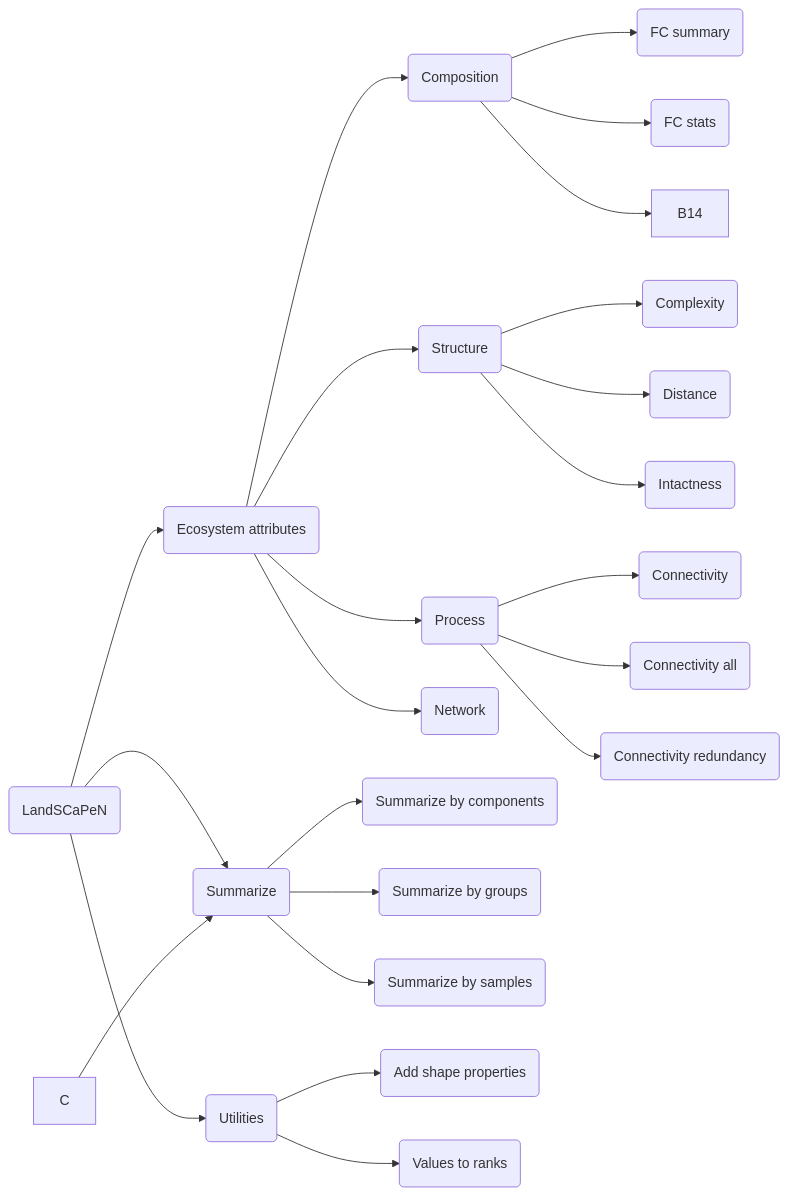
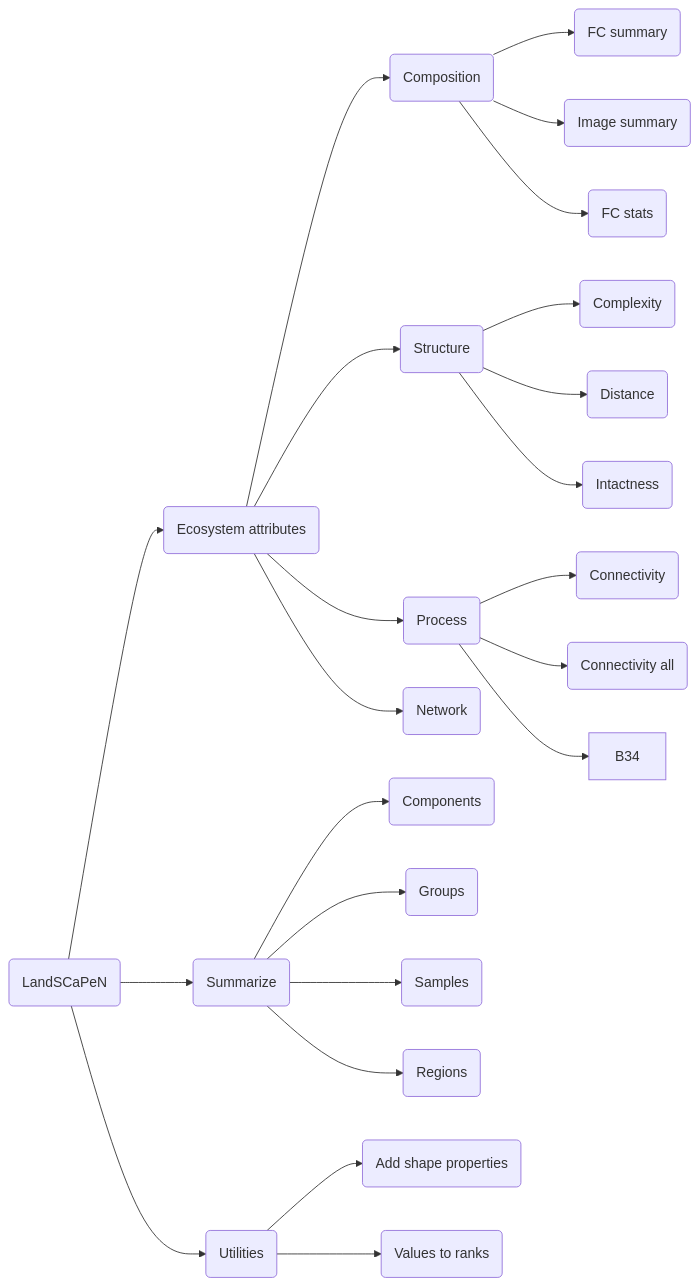
One commit to davidtheobald8/landscapen changed the diagram in README.md. Above: the diagram before and after it, drawn with Mermaid. The commit also changed other lines of this file, not shown here.

````diff
--- a/README.md
+++ b/README.md
@@ -15,57 +21,58 @@
  ```mermaid
    graph LR;
        A(LandSCaPeN)
        A-->B;
        A-->C1;
        A-->C2;
        %%(HM CA) users/DavidTheobald8/HM/HM_202204/HM_Y2Y_CA_2020_90_60sland%%
        B(Ecosystem attributes)
        B-->B1;
        B-->B2;
        B-->B3;
        B-->B4;
        %%(HM US) users/DavidTheobald8/HM/HM_202204/HM_Y2Y_US_2020_90_60sland%%
        B1(Composition)
        B1-->B11
+       B1-->B12
        B1-->B13
-       B1-->B14
        B11(FC summary)
- %%      click B11 "https://code.earthengine.google.com/?scriptPath=users%2FDavidTheobald8%2Flibs%3Alse.composition()"
+ %%      click B11 "https://code.earthengine.google.com/?scriptPath=users%2FDavidTheobald8%2Flibs%3Alse.compositionFC()"
+       B12(Image summary)
+ %%      click B12 "https://code.earthengine.google.com/?scriptPath=users%2FDavidTheobald8%2Flibs%3Alse.compositionImage()"
        B13(FC stats)
  %%      click B13 "https://code.earthengine.google.com/?scriptPath=users%2FDavidTheobald8%2Flibs%3Alse.compositionStats()"
        B2(Structure)
        B21(Complexity)
        B2-->B21
  %%      click B21 "https://code.earthengine.google.com/?scriptPath=users%2FDavidTheobald8%2Flibs%3Alse.structuralComplexity()"
        B22(Distance)
        B2-->B22
  %%      click B22 "https://code.earthengine.google.com/?scriptPath=users%2FDavidTheobald8%2Flibs%3Alse.structuralDistance()"
        B23(Intactness)
        B2-->B23
  %%      click B23 "https://code.earthengine.google.com/?scriptPath=users%2FDavidTheobald8%2Flibs%3Alse.structuralIntactness()"
        B3(Process)
        B31(Connectivity)
        B3-->B31
  %%      click B31 "https://code.earthengine.google.com/?scriptPath=users%2FDavidTheobald8%2Flibs%3Alse.connectivity()"
        B32(Connectivity all)
        B3-->B32
- %%      click B32 "https://code.earthengine.google.com/?scriptPath=users%2FDavidTheobald8%2Flibs%3Alse.connectivityAll()"
-       B34(Connectivity redundancy)
        B3-->B34
  %%      click B34 "https://code.earthengine.google.com/?scriptPath=users%2FDavidTheobald8%2Flibs%3Alse.connectivityAll()"
        B4(Network)
        C1(Summarize)
-       C-->C1
-       C11(Summarize by components)
+       C11(Components)
        C1-->C11
-       C12(Summarize by groups)
+       C12(Groups)
        C1-->C12
-       C13(Summarize by samples)
+       C13(Samples)
        C1-->C13
+       C14(Regions)
+       C1-->C14
        C2(Utilities)
        C21(Add shape properties)
        C2-->C21
        C22(Values to ranks)
        C2-->C22
  %%      click C2 "https://code.earthengine.google.com/?scriptPath=users%2FDavidTheobald8%2Flibs%3Alse.valuesToRanks()%20add%20shape%20properties"
  ```
````
